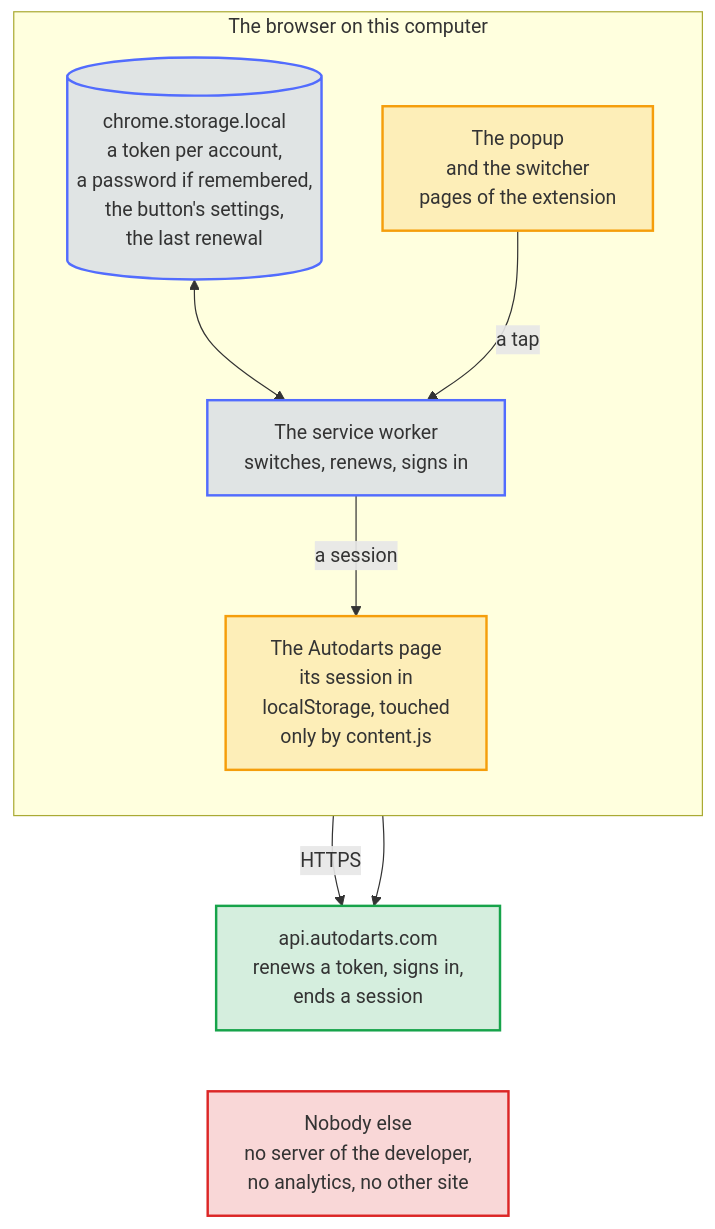
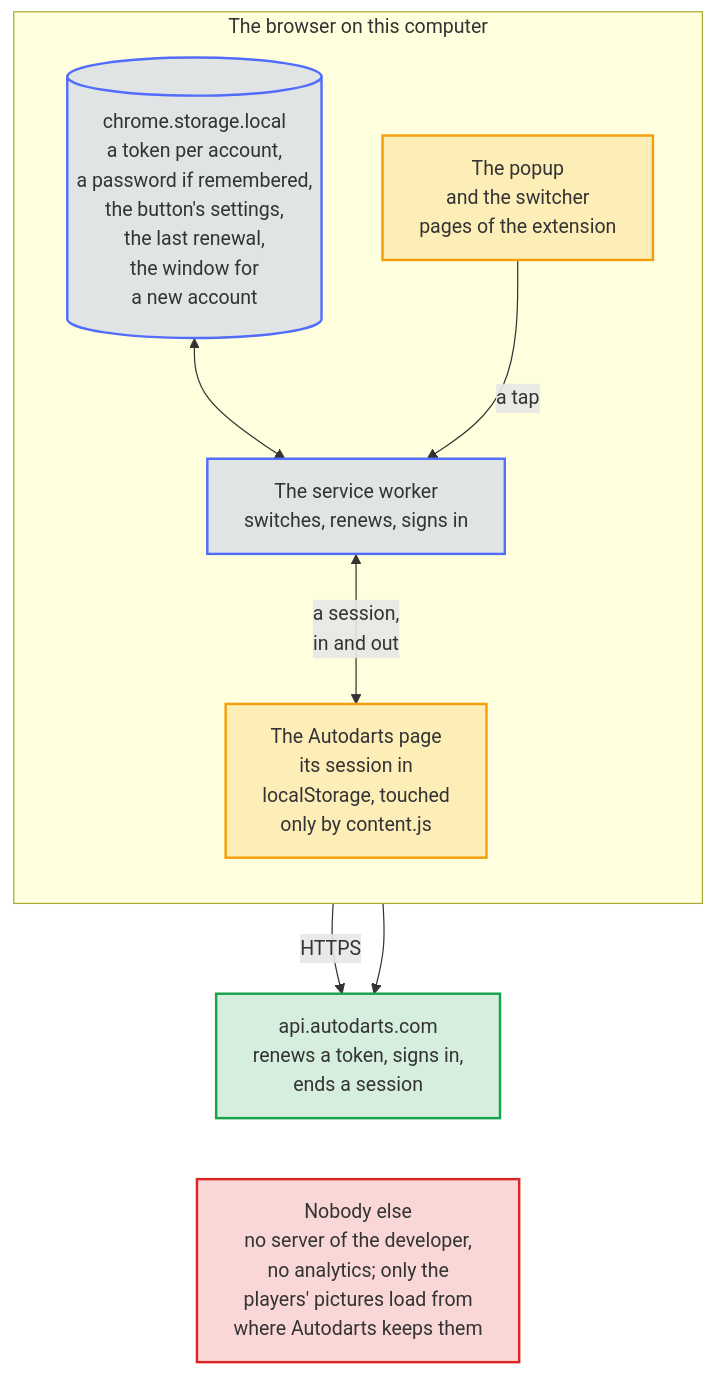
The diagram in docs/diagrams/data-flow.mmd (Dennis-Otto/player-switch-for-autodarts), drawn with Mermaid before and after one commit. The commit also changed 10 other files, not shown here.

First line of the commit message:
docs: show the page's outgoing session, the players' pictures and every way to signing in again

```diff
--- a/docs/diagrams/data-flow.mmd
+++ b/docs/diagrams/data-flow.mmd
@@ -1,34 +1,34 @@
 ---
 config:
   flowchart:
     wrappingWidth: 400
 ---
 flowchart TB
     accTitle: Where the data goes
-    accDescr: Everything stays in the browser on this computer. The popup and the switcher ask the service worker, which keeps a token per account, a password only when one is remembered, the settings of the button, the time of the last renewal and until when a new account is being added in chrome.storage.local. It moves a session in and out of the Autodarts page only through content.js, the one script that reads or writes the session in the page's localStorage. To renew a token, sign in with a password or end a session, it talks to api.autodarts.com over HTTPS, the same service the Autodarts page itself uses. Nothing goes anywhere else: no server of the developer, no analytics, no other site; Help and Report a problem only open a page in a new tab.
+    accDescr: Everything stays in the browser on this computer. The popup and the switcher ask the service worker, which keeps a token per account, a password only when one is remembered, the settings of the button, the time of the last renewal, whether Autodarts turned every account away in it, and until when a new account is being added in chrome.storage.local. It moves a session into the Autodarts page and reads the outgoing one out of it only through content.js, the one script that reads or writes the session in the page's localStorage. To renew a token, sign in with a password or end a session, it talks to api.autodarts.com over HTTPS, the same service the Autodarts page itself uses. The popup and the switcher show each player's picture from the address Autodarts gives for it. Nothing else goes anywhere: no server of the developer, no analytics; Help and Report a problem only open a page in a new tab.
 
     subgraph computer ["The browser on this computer"]
         direction TB
         ui["The popup<br>and the switcher<br>pages of the extension"]
         worker["The service worker<br>switches, renews, signs in"]
-        storage[("chrome.storage.local<br>a token per account,<br>a password if remembered,<br>the button's settings,<br>the last renewal")]
+        storage[("chrome.storage.local<br>a token per account,<br>a password if remembered,<br>the button's settings,<br>the last renewal,<br>the window for<br>a new account")]
         page["The Autodarts page<br>its session in<br>localStorage, touched<br>only by content.js"]
         storage <--> worker
         ui -- "a tap" --> worker
-        worker -- "a session" --> page
+        worker <-- "a session,<br>in and out" --> page
     end
     api["api.autodarts.com<br>renews a token, signs in,<br>ends a session"]
-    nobody["Nobody else<br>no server of the developer,<br>no analytics, no other site"]
+    nobody["Nobody else<br>no server of the developer,<br>no analytics; only the<br>players' pictures load from<br>where Autodarts keeps them"]
 
     worker -- "HTTPS" --> api
     page --> api
     api ~~~ nobody
 
     classDef bot fill:#526cfe2e,stroke:#526cfe,stroke-width:2px
     classDef done fill:#16a34a2e,stroke:#16a34a,stroke-width:2px
     classDef person fill:#f59e0b2e,stroke:#f59e0b,stroke-width:2px
     classDef failed fill:#dc26262e,stroke:#dc2626,stroke-width:2px
     class ui,page person
     class worker,storage bot
     class api done
     class nobody failed
```
